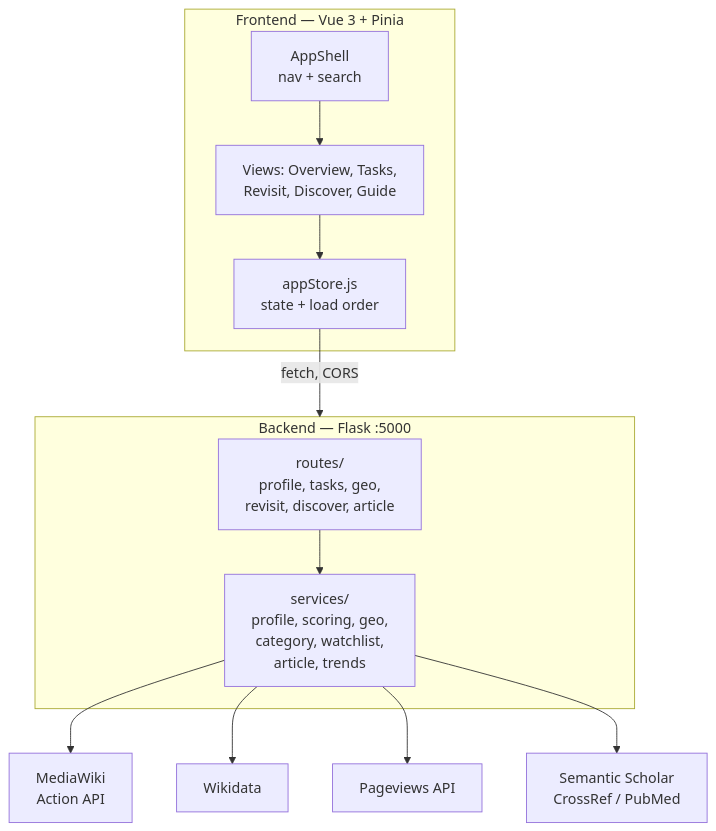
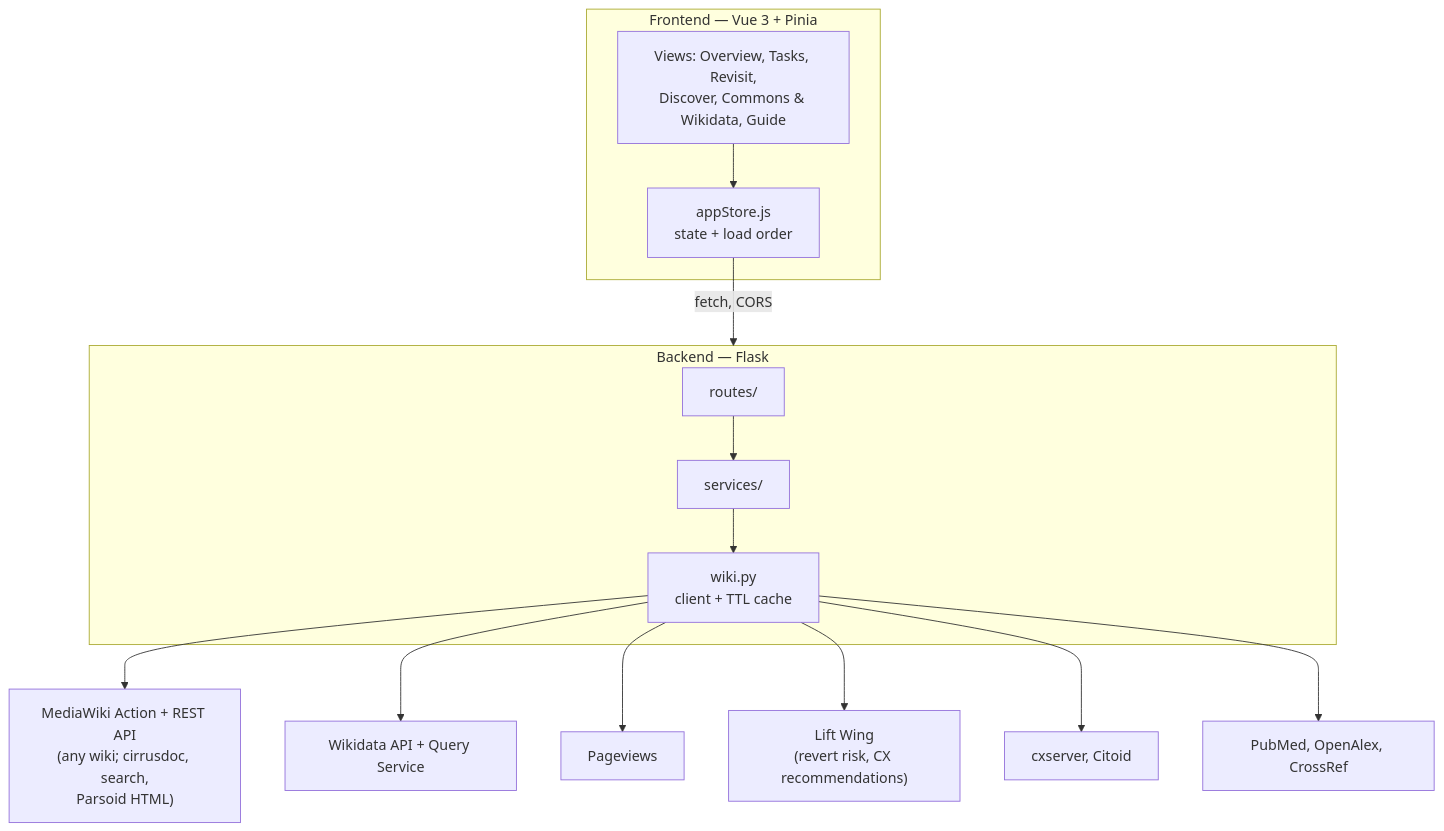
Before and after one commit to Wikimedians-of-Kerala-UG-Technical/Compass: the first of 2 diagrams in wiki/Architecture.md, drawn with Mermaid. The commit also changed other lines of this file and 16 other files, not shown here.

````diff
--- a/wiki/Architecture.md
+++ b/wiki/Architecture.md
@@ -14,23 +15,24 @@
 ```mermaid
 flowchart TB
     subgraph Browser["Frontend — Vue 3 + Pinia"]
-        Shell["AppShell<br/>nav + search"]
-        Views["Views: Overview, Tasks,<br/>Revisit, Discover, Guide"]
+        Views["Views: Overview, Tasks, Revisit,<br/>Discover, Commons & Wikidata, Guide"]
         Store["appStore.js<br/>state + load order"]
-        Shell --> Views
         Views --> Store
     end
 
     Store -->|"fetch, CORS"| API
 
-    subgraph API["Backend — Flask :5000"]
-        Routes["routes/<br/>profile, tasks, geo,<br/>revisit, discover, article"]
-        Services["services/<br/>profile, scoring, geo,<br/>category, watchlist,<br/>article, trends"]
-        Routes --> Services
+    subgraph API["Backend — Flask"]
+        Routes["routes/"]
+        Services["services/"]
+        Client["wiki.py<br/>client + TTL cache"]
+        Routes --> Services --> Client
     end
 
-    Services --> MW["MediaWiki<br/>Action API"]
-    Services --> WD["Wikidata"]
-    Services --> PV["Pageviews API"]
-    Services --> ACAD["Semantic Scholar<br/>CrossRef / PubMed"]
+    Client --> MW["MediaWiki Action + REST API<br/>(any wiki; cirrusdoc, search,<br/>Parsoid HTML)"]
+    Client --> WD["Wikidata API + Query Service"]
+    Client --> PV["Pageviews"]
+    Client --> LW["Lift Wing<br/>(revert risk, CX recommendations)"]
+    Client --> CX["cxserver, Citoid"]
+    Client --> ACAD["PubMed, OpenAlex, CrossRef"]
 ```
````
